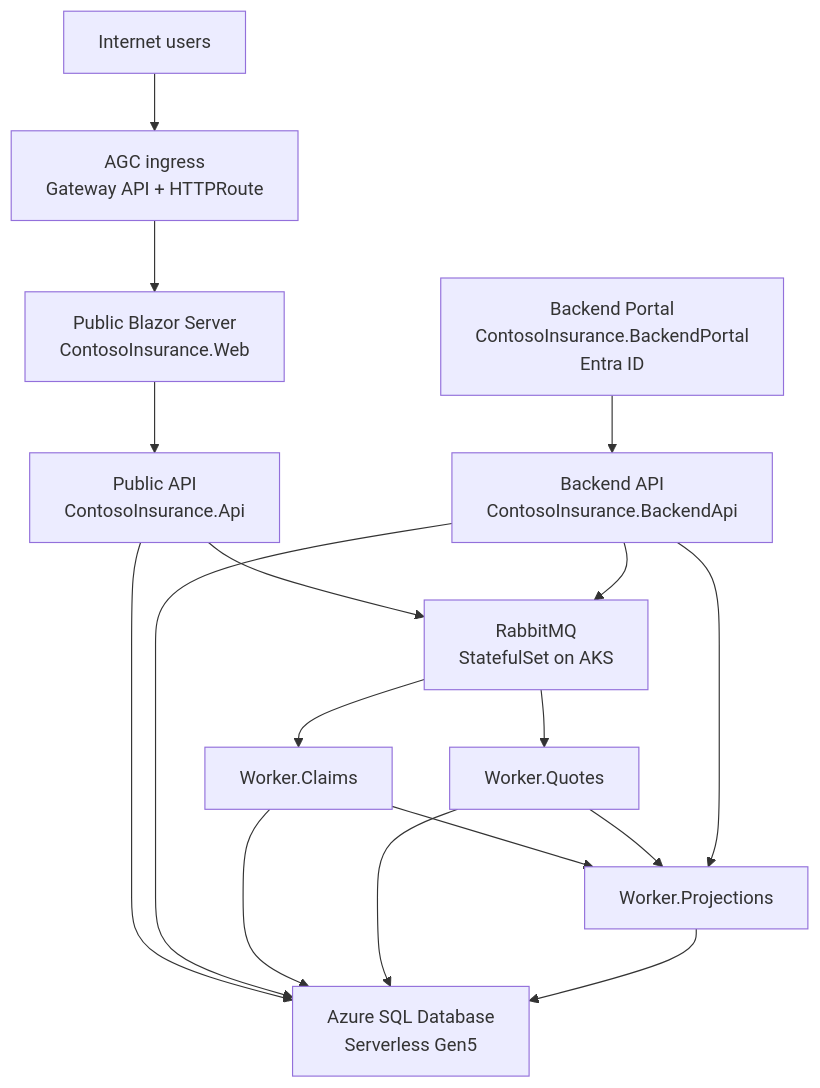
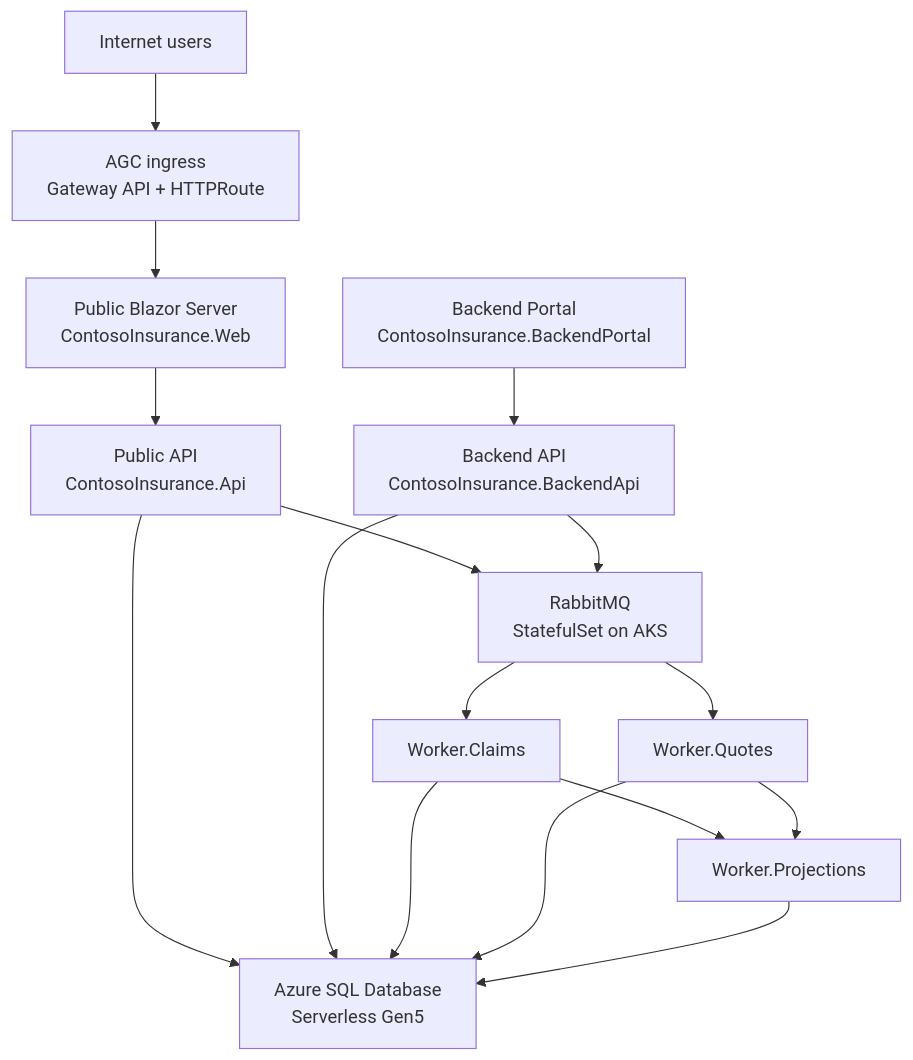
Before and after one commit to EmeaAppGbb/ContosoInsurances-NativeToLocal: the third of 3 diagrams in README.md, drawn with Mermaid. The commit also changed other lines of this file, not shown here.

````diff
--- a/README.md
+++ b/README.md
@@ -85,31 +183,28 @@
 ```mermaid
 graph TD
     Internet[Internet users]
     AGC[AGC ingress\nGateway API + HTTPRoute]
     Web[Public Blazor Server\nContosoInsurance.Web]
     PublicApi[Public API\nContosoInsurance.Api]
     Rabbit[RabbitMQ\nStatefulSet on AKS]
-    Portal[Backend Portal\nContosoInsurance.BackendPortal\nEntra ID]
+    Portal[Backend Portal\nContosoInsurance.BackendPortal]
     BackendApi[Backend API\nContosoInsurance.BackendApi]
     Claims[Worker.Claims]
     Quotes[Worker.Quotes]
     Projections[Worker.Projections]
     Sql[Azure SQL Database\nServerless Gen5]
 
-    Internet --> AGC
-    AGC --> Web
-    Web --> PublicApi
+    Internet --> AGC --> Web --> PublicApi
     PublicApi --> Sql
     PublicApi --> Rabbit
     Portal --> BackendApi
     BackendApi --> Sql
     BackendApi --> Rabbit
     Rabbit --> Claims
     Rabbit --> Quotes
+    Claims --> Projections
+    Quotes --> Projections
     Claims --> Sql
     Quotes --> Sql
-    Claims --> Projections
-    Quotes --> Projections
     Projections --> Sql
-    BackendApi --> Projections
 ```
````
